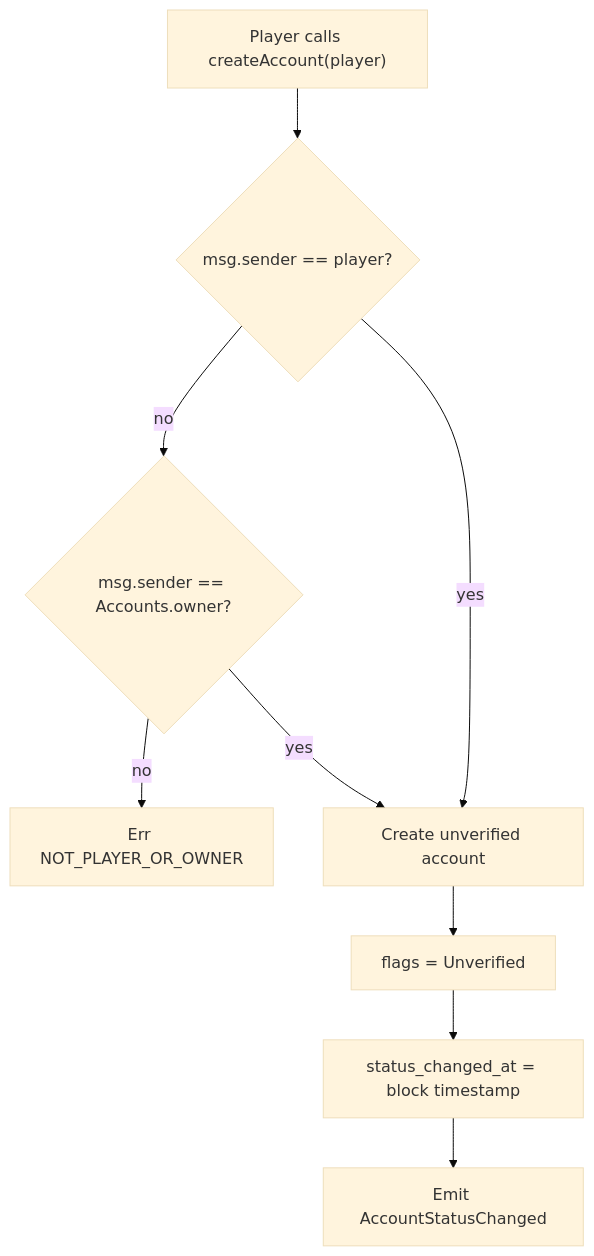
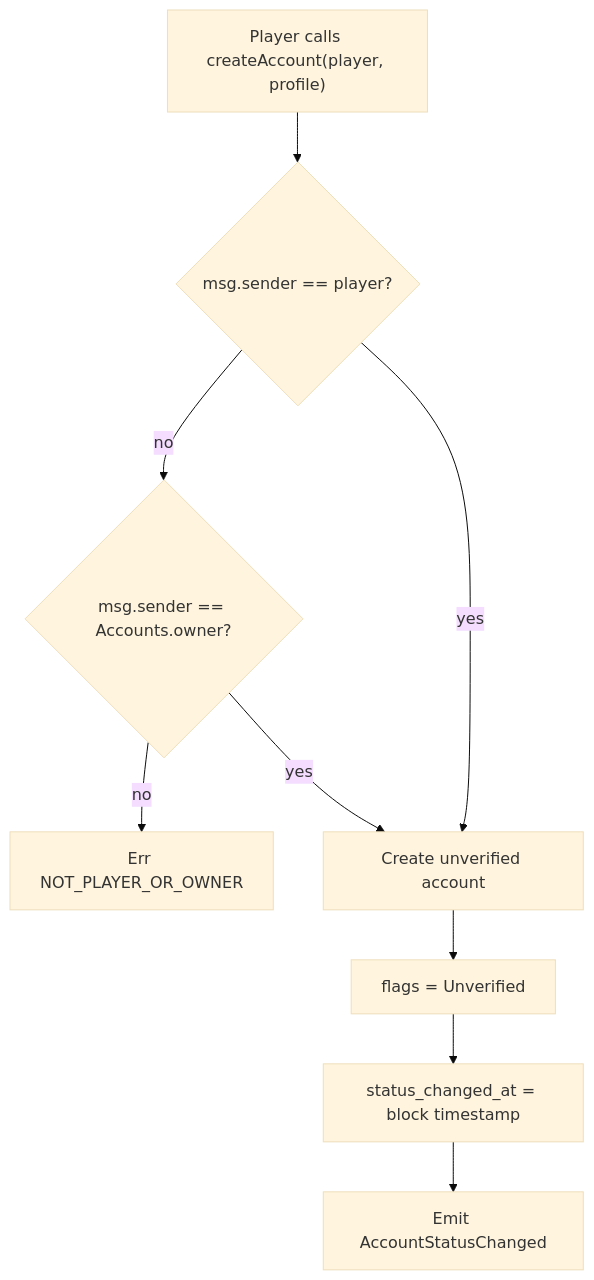
One commit to Imperfect-Protocol/privatepoker-contracts changed the second of 9 diagrams in docs/player-security-flows.md. Above: the diagram before and after it, drawn with Mermaid (base theme). The commit also changed other lines of this file and 6 other files, not shown here.

Commit message:
Create account take player name

````diff
--- a/docs/player-security-flows.md
+++ b/docs/player-security-flows.md
@@ -71,11 +71,11 @@
 ```mermaid
 flowchart TD
-    A["Player calls createAccount(player)"] --> B{"msg.sender == player?"}
+    A["Player calls createAccount(player, profile)"] --> B{"msg.sender == player?"}
     B -- "no" --> C{"msg.sender == Accounts.owner?"}
     C -- "no" --> X["Err NOT_PLAYER_OR_OWNER"]
     B -- "yes" --> D["Create unverified account"]
     C -- "yes" --> D
     D --> E["flags = Unverified"]
     E --> F["status_changed_at = block timestamp"]
     F --> G["Emit AccountStatusChanged"]
 ```
````
